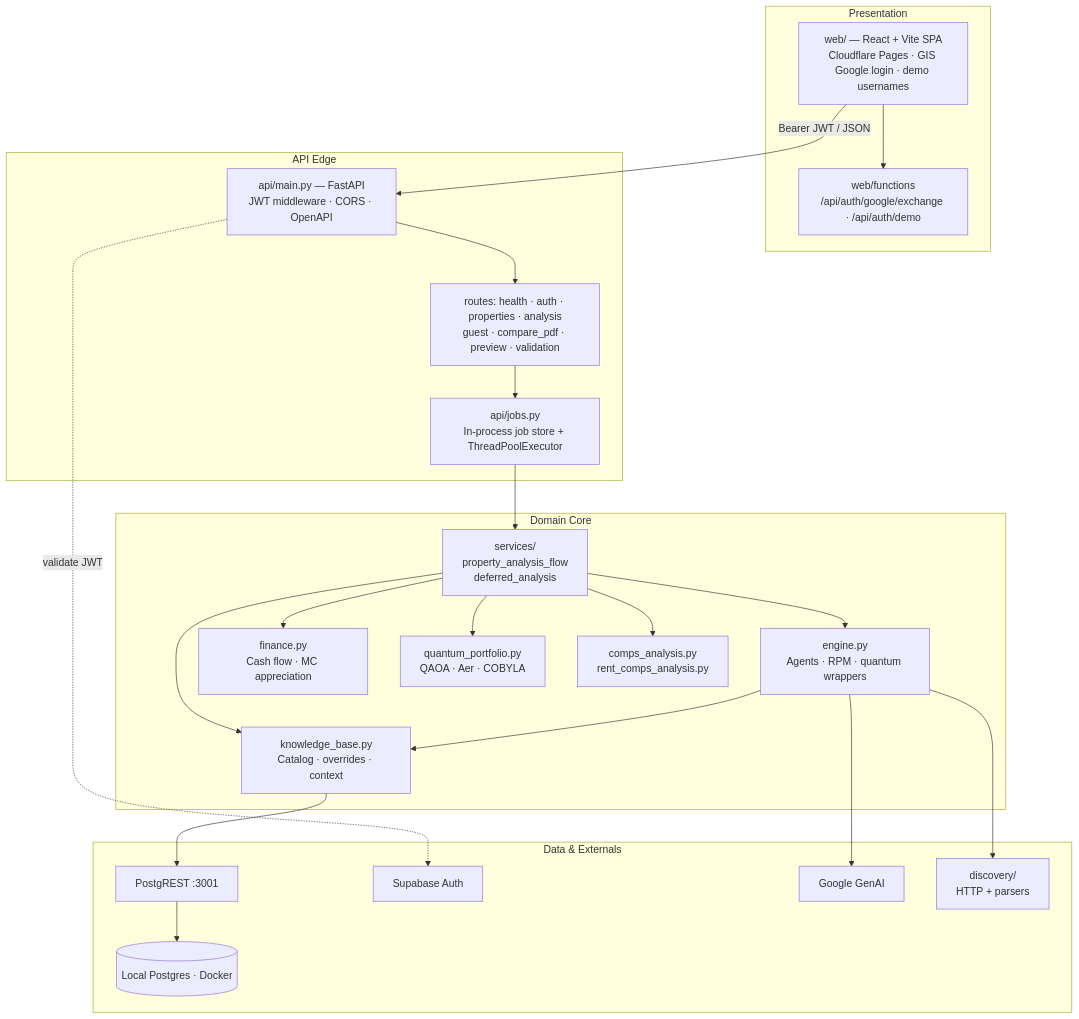
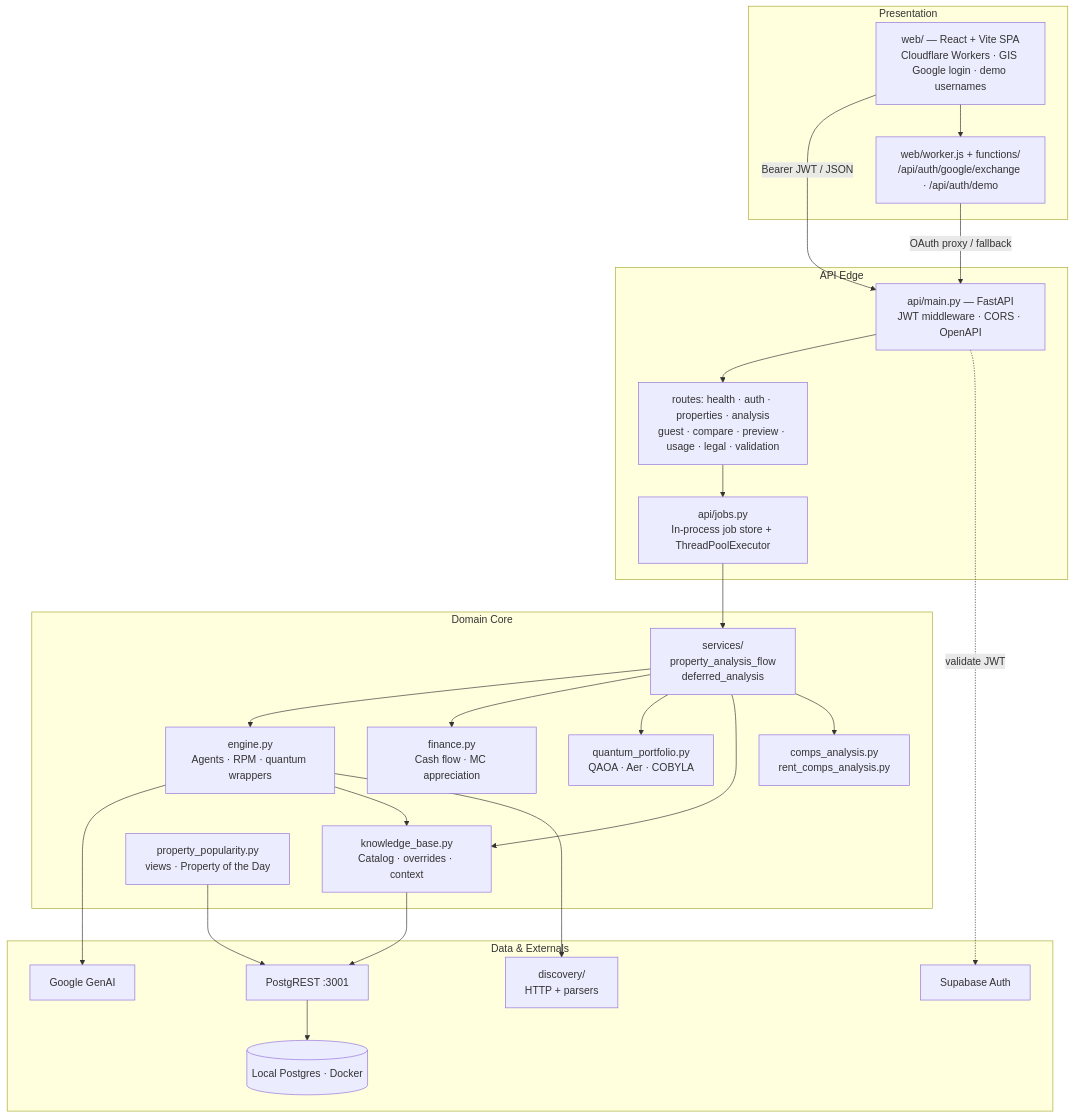
One commit to Preebg/RealEstateAI changed the second of 12 diagrams in README.md. Above: the diagram before and after it, drawn with Mermaid. The commit also changed other lines of this file, not shown here.

First line of the commit message:
Refresh README for Workers architecture

````diff
--- a/README.md
+++ b/README.md
@@ -100,41 +104,44 @@
 ```mermaid
 flowchart TB
     subgraph Presentation["Presentation"]
-        SPA["web/ — React + Vite SPA<br/>Cloudflare Pages · GIS Google login · demo usernames"]
-        NF["web/functions<br/>/api/auth/google/exchange · /api/auth/demo"]
+        SPA["web/ — React + Vite SPA<br/>Cloudflare Workers · GIS Google login · demo usernames"]
+        NF["web/worker.js + functions/<br/>/api/auth/google/exchange · /api/auth/demo"]
     end
 
     subgraph Edge["API Edge"]
         API["api/main.py — FastAPI<br/>JWT middleware · CORS · OpenAPI"]
         JOBS["api/jobs.py<br/>In-process job store + ThreadPoolExecutor"]
-        ROUTES["routes: health · auth · properties · analysis<br/>guest · compare_pdf · preview · validation"]
+        ROUTES["routes: health · auth · properties · analysis<br/>guest · compare · preview · usage · legal · validation"]
     end
 
     subgraph Domain["Domain Core"]
         ENG["engine.py<br/>Agents · RPM · quantum wrappers"]
         FIN["finance.py<br/>Cash flow · MC appreciation"]
         QAOA["quantum_portfolio.py<br/>QAOA · Aer · COBYLA"]
         KB["knowledge_base.py<br/>Catalog · overrides · context"]
+        POP["property_popularity.py<br/>views · Property of the Day"]
         COMPS["comps_analysis.py<br/>rent_comps_analysis.py"]
         SVC["services/<br/>property_analysis_flow<br/>deferred_analysis"]
     end
 
     subgraph Data["Data & Externals"]
         PG[(Local Postgres · Docker)]
         PGR[PostgREST :3001]
         AUTH[Supabase Auth]
         GEM[Google GenAI]
         DISC["discovery/<br/>HTTP + parsers"]
     end
 
     SPA -->|Bearer JWT / JSON| API
     SPA --> NF
+    NF -->|OAuth proxy / fallback| API
     API --> ROUTES --> JOBS
     JOBS --> SVC
     SVC --> ENG & FIN & QAOA & KB & COMPS
     ENG --> GEM
     ENG --> KB
     KB --> PGR --> PG
+    POP --> PGR
     ENG --> DISC
     API -.->|validate JWT| AUTH
 ```
````
